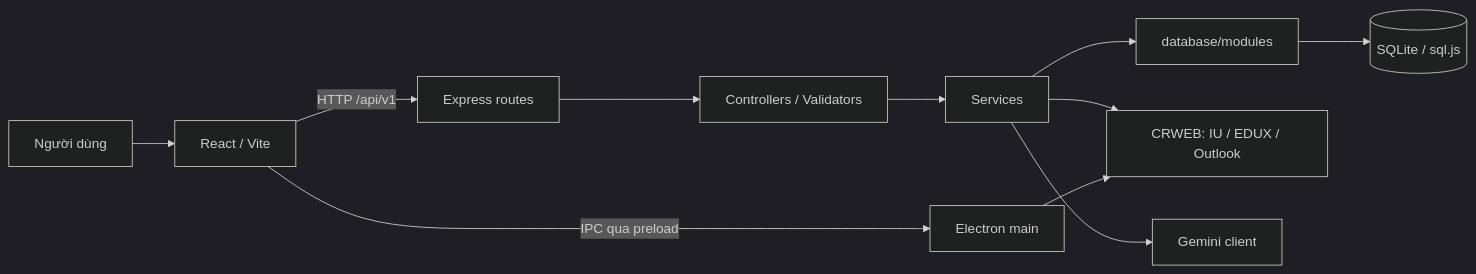
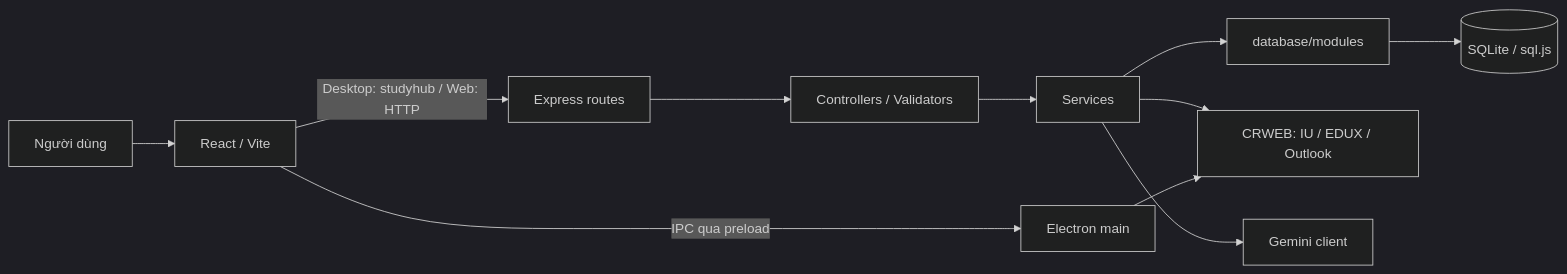
Before and after one commit to hotrohoctapcmcu/smart_study_hub_cmc_uni: the diagram in docs/ARCHITECTURE.md, drawn with Mermaid (dark theme). The commit also changed other lines of this file and 53 other files, not shown here.

````diff
--- a/docs/ARCHITECTURE.md
+++ b/docs/ARCHITECTURE.md
@@ -7,13 +7,13 @@
 ```mermaid
 flowchart LR
   U[Người dùng] --> R[React / Vite]
-  R -->|HTTP /api/v1| A[Express routes]
+  R -->|Desktop: studyhub / Web: HTTP| A[Express routes]
   A --> C[Controllers / Validators]
   C --> S[Services]
   S --> D[database/modules]
   D --> Q[(SQLite / sql.js)]
   S --> P[CRWEB: IU / EDUX / Outlook]
   S --> G[Gemini client]
   R -->|IPC qua preload| E[Electron main]
   E --> P
 ```
````
